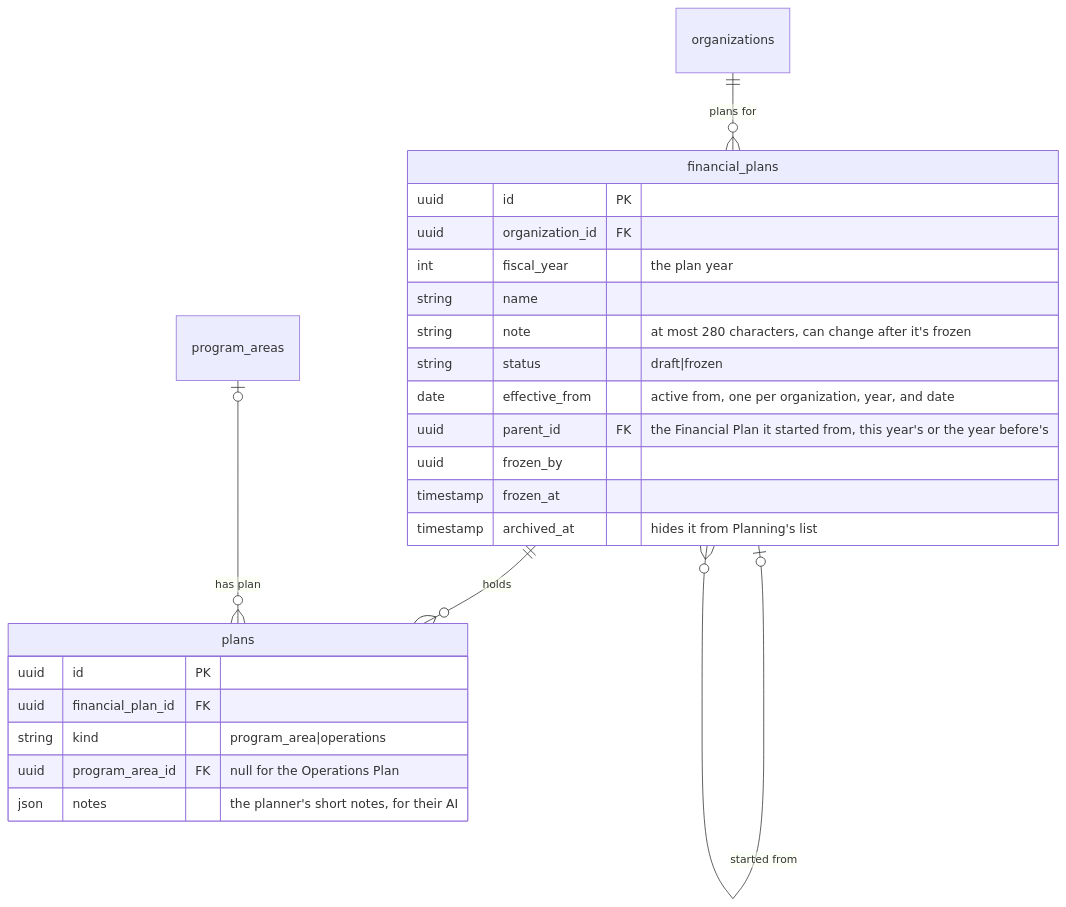
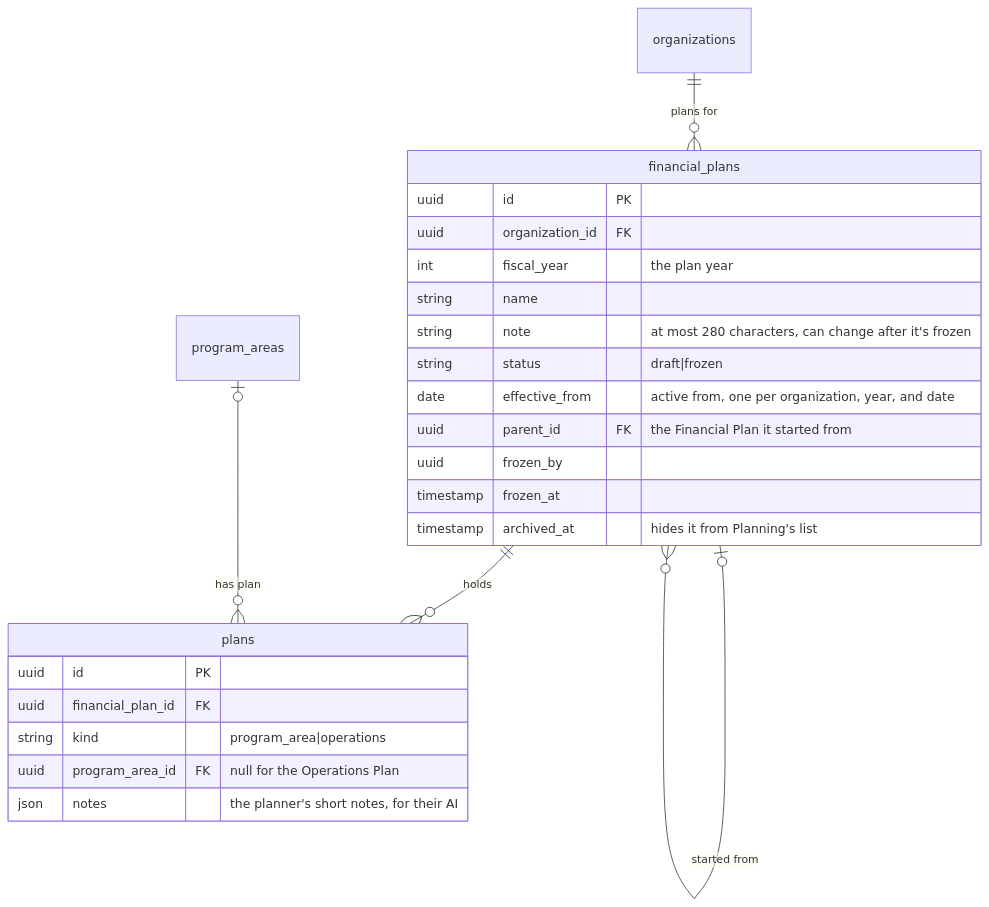
One commit to cyc-seattle/platform changed the third of 7 diagrams in docs/planning-schema.md. Above: the diagram before and after it, drawn with Mermaid. The commit also changed other lines of this file and 4 other files, not shown here.

Commit message:
refactor(planning): any year can be a parent; copy as usual

````diff
--- a/docs/planning-schema.md
+++ b/docs/planning-schema.md
@@ -195,28 +195,28 @@
 ```mermaid
 erDiagram
     organizations ||--o{ financial_plans : "plans for"
     financial_plans |o--o{ financial_plans : "started from"
     financial_plans ||--o{ plans : holds
     program_areas |o--o{ plans : "has plan"
 
     financial_plans {
         uuid id PK
         uuid organization_id FK
         int fiscal_year "the plan year"
         string name
         string note "at most 280 characters, can change after it's frozen"
         string status "draft|frozen"
         date effective_from "active from, one per organization, year, and date"
-        uuid parent_id FK "the Financial Plan it started from, this year's or the year before's"
+        uuid parent_id FK "the Financial Plan it started from"
         uuid frozen_by
         timestamp frozen_at
         timestamp archived_at "hides it from Planning's list"
     }
     plans {
         uuid id PK
         uuid financial_plan_id FK
         string kind "program_area|operations"
         uuid program_area_id FK "null for the Operations Plan"
         json notes "the planner's short notes, for their AI"
     }
 ```
````
